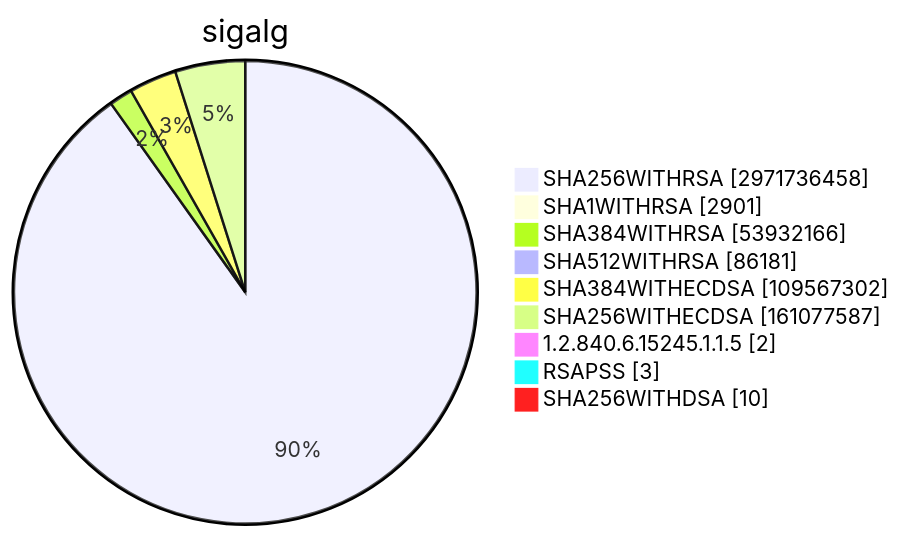
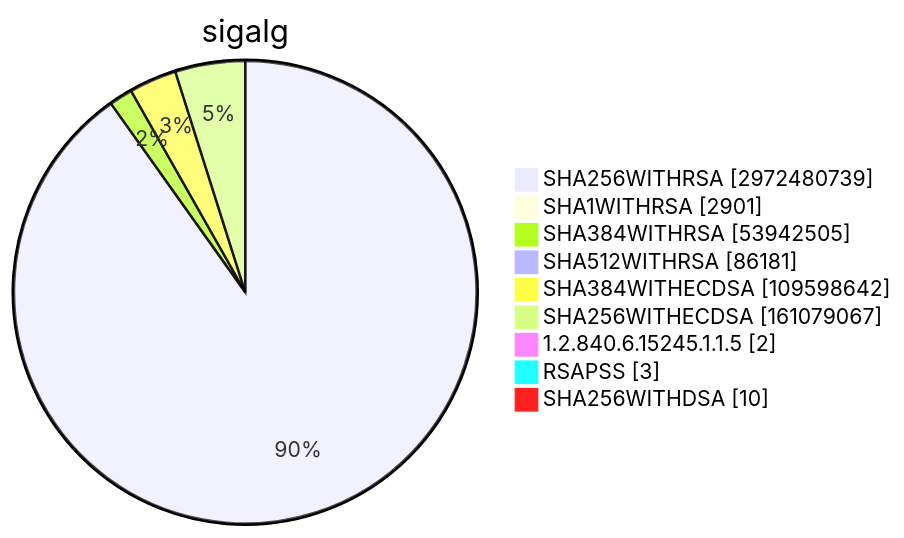
Before and after one commit to christiankrug/ctmonitor_visualization: diagram 15 of 15 in TOTAL/README.md, drawn with Mermaid. The commit also changed other lines of this file, not shown here.

````diff
--- a/TOTAL/README.md
+++ b/TOTAL/README.md
@@ -6208,13 +6208,13 @@
 ```mermaid
 pie showData
 title sigalg
-"SHA256WITHRSA" :2971736458
+"SHA256WITHRSA" :2972480739
 "SHA1WITHRSA" :2901
-"SHA384WITHRSA" :53932166
+"SHA384WITHRSA" :53942505
 "SHA512WITHRSA" :86181
-"SHA384WITHECDSA" :109567302
-"SHA256WITHECDSA" :161077587
+"SHA384WITHECDSA" :109598642
+"SHA256WITHECDSA" :161079067
 "1.2.840.6.15245.1.1.5" :2
 "RSAPSS" :3
 "SHA256WITHDSA" :10
 ```
````
